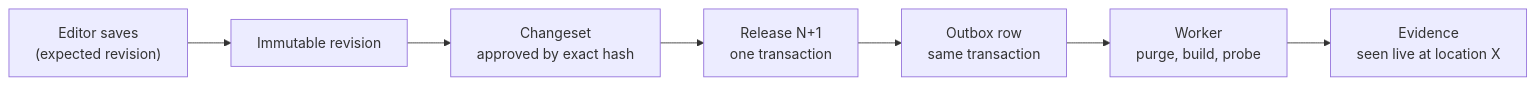
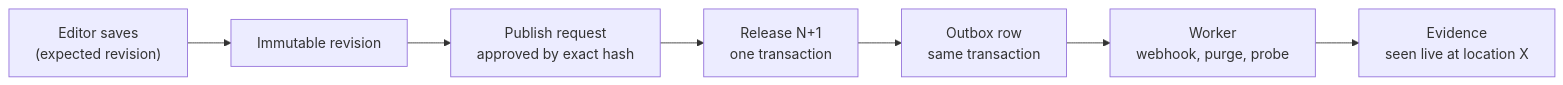
Before and after one commit to akira-shirase-oss/colophon-cms: the diagram in README.md, drawn with Mermaid. The commit also changed other lines of this file, not shown here.

````diff
--- a/README.md
+++ b/README.md
@@ -72,9 +51,9 @@
 ```mermaid
 flowchart LR
   S["Editor saves<br/>(expected revision)"] --> R["Immutable revision"]
-  R --> C["Changeset<br/>approved by exact hash"]
+  R --> C["Publish request<br/>approved by exact hash"]
   C --> G["Release N+1<br/>one transaction"]
   G --> O["Outbox row<br/>same transaction"]
-  O --> W["Worker<br/>purge, build, probe"]
+  O --> W["Worker<br/>webhook, purge, probe"]
   W --> V["Evidence<br/>seen live at location X"]
 ```
````
